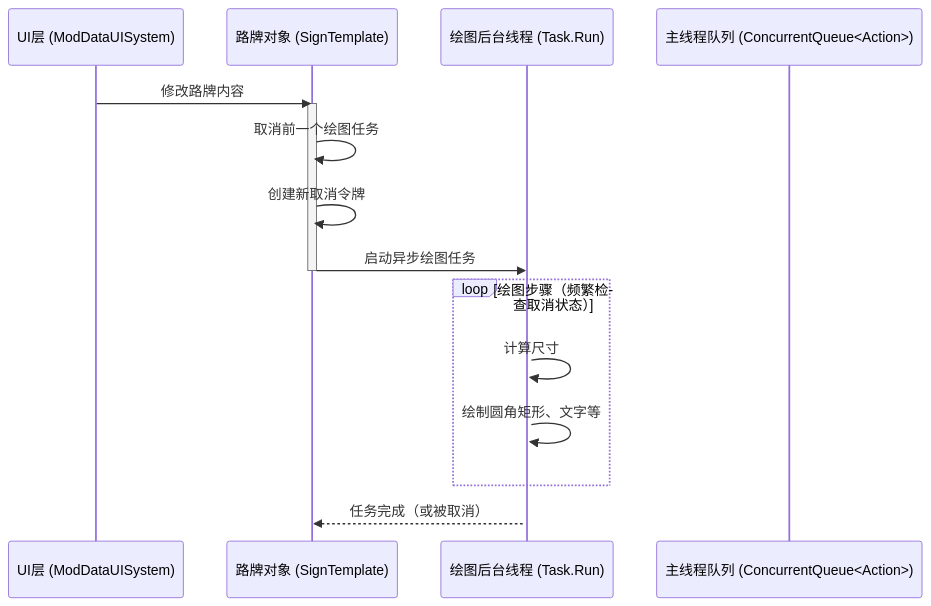
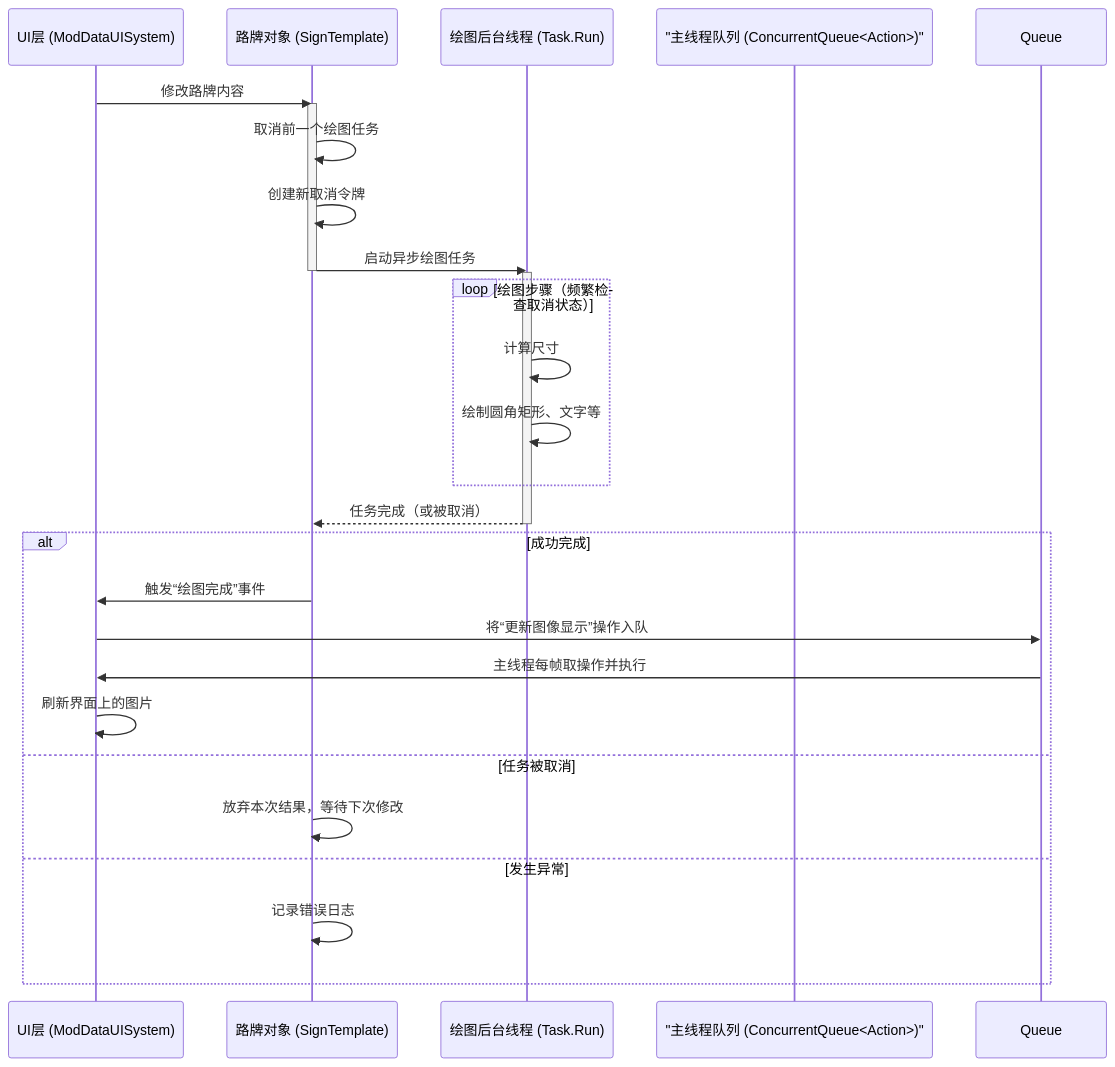
One commit to 67-99/67-99.github.io changed the second of 2 diagrams in project/sign-generator/content/develop.md. Above: the diagram before and after it, drawn with Mermaid.

Commit message:
Test generics bug in mermaid sequence

````diff
--- a/project/sign-generator/content/develop.md
+++ b/project/sign-generator/content/develop.md
@@ -110,19 +110,30 @@
 ```mermaid
 sequenceDiagram
 participant UI as UI层 (ModDataUISystem)
 participant Sign as 路牌对象 (SignTemplate)
 participant Task as 绘图后台线程 (Task.Run)
-participant MainThread as 主线程队列 (ConcurrentQueue<Action>)
+participant MainThread as "主线程队列 (ConcurrentQueue<Action>)"
 UI->>Sign: 修改路牌内容
 activate Sign
 Sign->>Sign: 取消前一个绘图任务
 Sign->>Sign: 创建新取消令牌
 Sign->>Task: 启动异步绘图任务
 deactivate Sign
 activate Task
 loop 绘图步骤（频繁检查取消状态）
     Task->>Task: 计算尺寸
     Task->>Task: 绘制圆角矩形、文字等
 end
 Task-->>Sign: 任务完成（或被取消）
+deactivate Task
+alt 成功完成
+    Sign->>UI: 触发“绘图完成”事件
+    UI->>Queue: 将“更新图像显示”操作入队
+    Queue->>UI: 主线程每帧取操作并执行
+    UI->>UI: 刷新界面上的图片
+else 任务被取消
+    Sign->>Sign: 放弃本次结果，等待下次修改
+else 发生异常
+    Sign->>Sign: 记录错误日志;
+end
 ```
````
